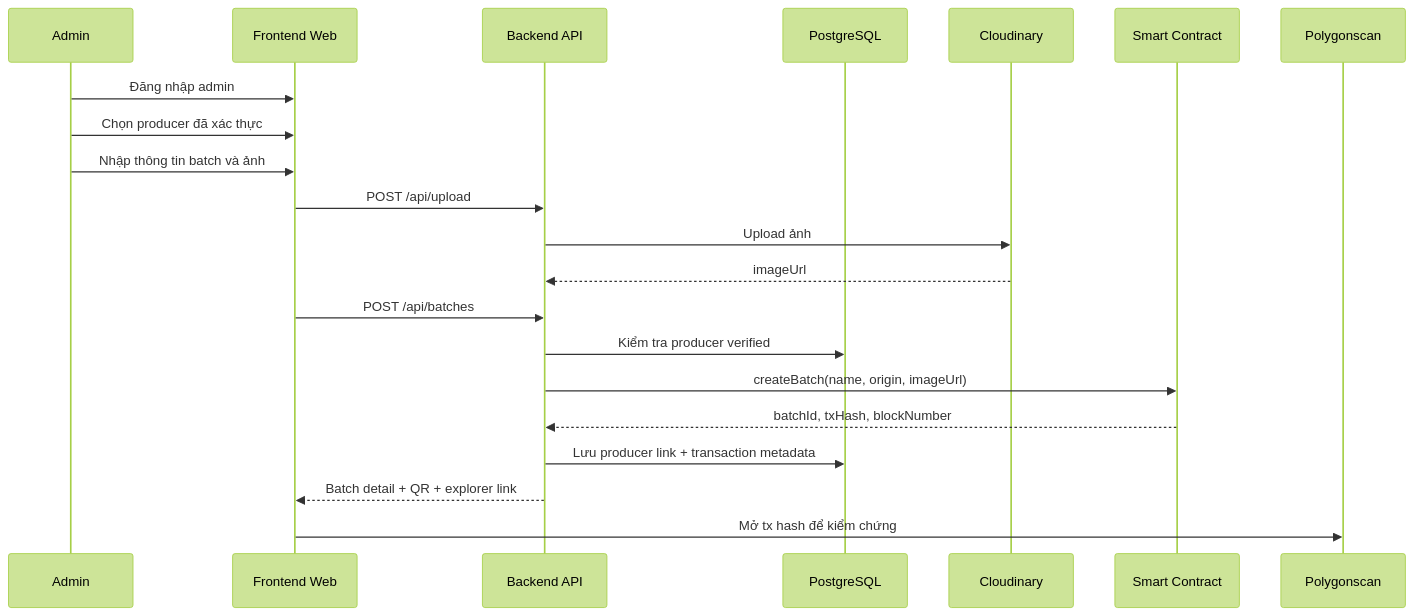
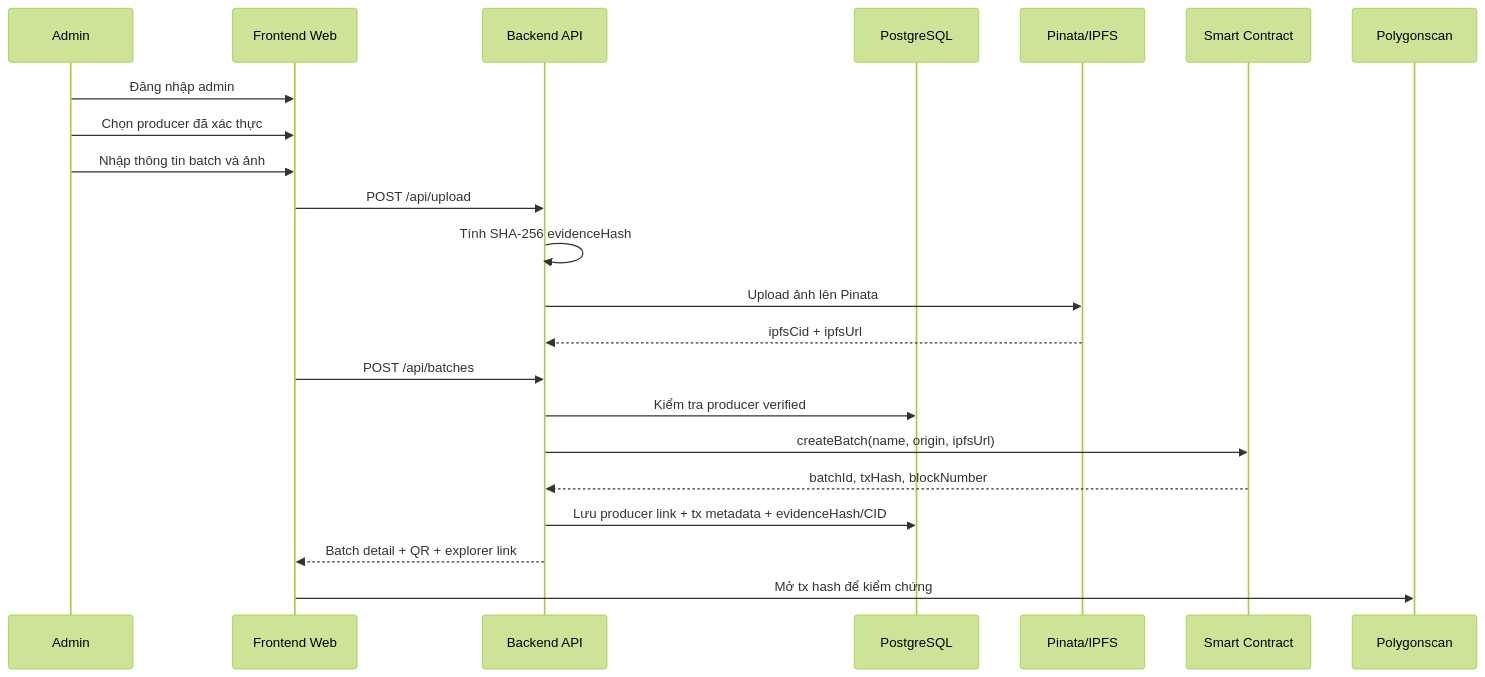
Before and after one commit to xuanhai0913/agri-traceability-system: the second of 2 diagrams in README.md, drawn with Mermaid (forest theme). The commit also changed other lines of this file and 65 other files, not shown here.

Commit message:
feat: add ipfs evidence role workflows

````diff
--- a/README.md
+++ b/README.md
@@ -139,24 +139,25 @@
 ```mermaid
 sequenceDiagram
     participant A as Admin
     participant W as Frontend Web
     participant B as Backend API
     participant D as PostgreSQL
-    participant C as Cloudinary
+    participant C as Pinata/IPFS
     participant S as Smart Contract
     participant P as Polygonscan
 
     A->>W: Đăng nhập admin
     A->>W: Chọn producer đã xác thực
     A->>W: Nhập thông tin batch và ảnh
     W->>B: POST /api/upload
-    B->>C: Upload ảnh
-    C-->>B: imageUrl
+    B->>B: Tính SHA-256 evidenceHash
+    B->>C: Upload ảnh lên Pinata
+    C-->>B: ipfsCid + ipfsUrl
     W->>B: POST /api/batches
     B->>D: Kiểm tra producer verified
-    B->>S: createBatch(name, origin, imageUrl)
+    B->>S: createBatch(name, origin, ipfsUrl)
     S-->>B: batchId, txHash, blockNumber
-    B->>D: Lưu producer link + transaction metadata
+    B->>D: Lưu producer link + tx metadata + evidenceHash/CID
     B-->>W: Batch detail + QR + explorer link
     W->>P: Mở tx hash để kiểm chứng
 ```
````
